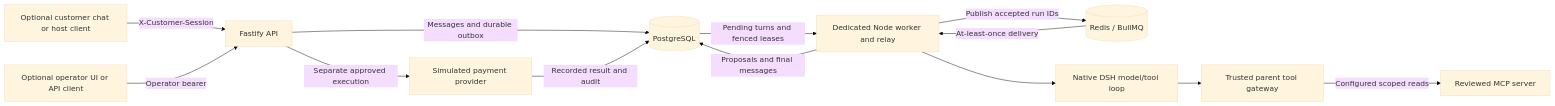
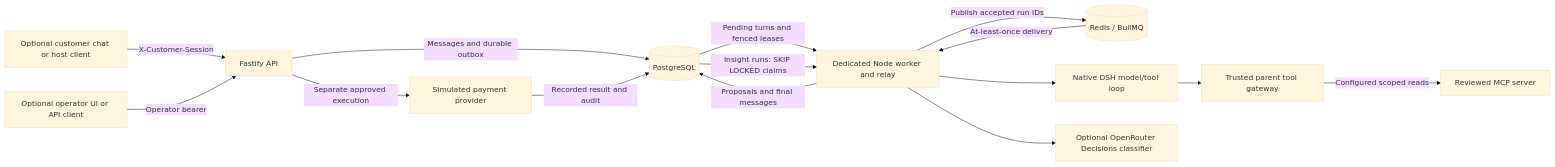
Before and after one commit to LatkoNazar/eldhall: the diagram in docs/ARCHITECTURE.md, drawn with Mermaid (base theme). The commit also changed other lines of this file and 5 other files, not shown here.

First line of the commit message:
fix(support): align walkthrough and docs with verified execution flow

````diff
--- a/docs/ARCHITECTURE.md
+++ b/docs/ARCHITECTURE.md
@@ -5,15 +5,17 @@
 ```mermaid
 flowchart LR
   Customer[Optional customer chat or host client] -->|X-Customer-Session| API[Fastify API]
   Staff[Optional operator UI or API client] -->|Operator bearer| API
   API -->|Messages and durable outbox| PG[(PostgreSQL)]
   PG -->|Pending turns and fenced leases| Worker[Dedicated Node worker and relay]
   Worker -->|Publish accepted run IDs| Redis[(Redis / BullMQ)]
   Redis -->|At-least-once delivery| Worker
   Worker --> DSH[Native DSH model/tool loop]
+  Worker --> Classifier[Optional OpenRouter Decisions classifier]
+  PG -->|Insight runs: SKIP LOCKED claims| Worker
   DSH --> Gateway[Trusted parent tool gateway]
   Gateway -->|Configured scoped reads| MCP[Reviewed MCP server]
   Worker -->|Proposals and final messages| PG
   API -->|Separate approved execution| Payment[Simulated payment provider]
   Payment -->|Recorded result and audit| PG
 ```
````
